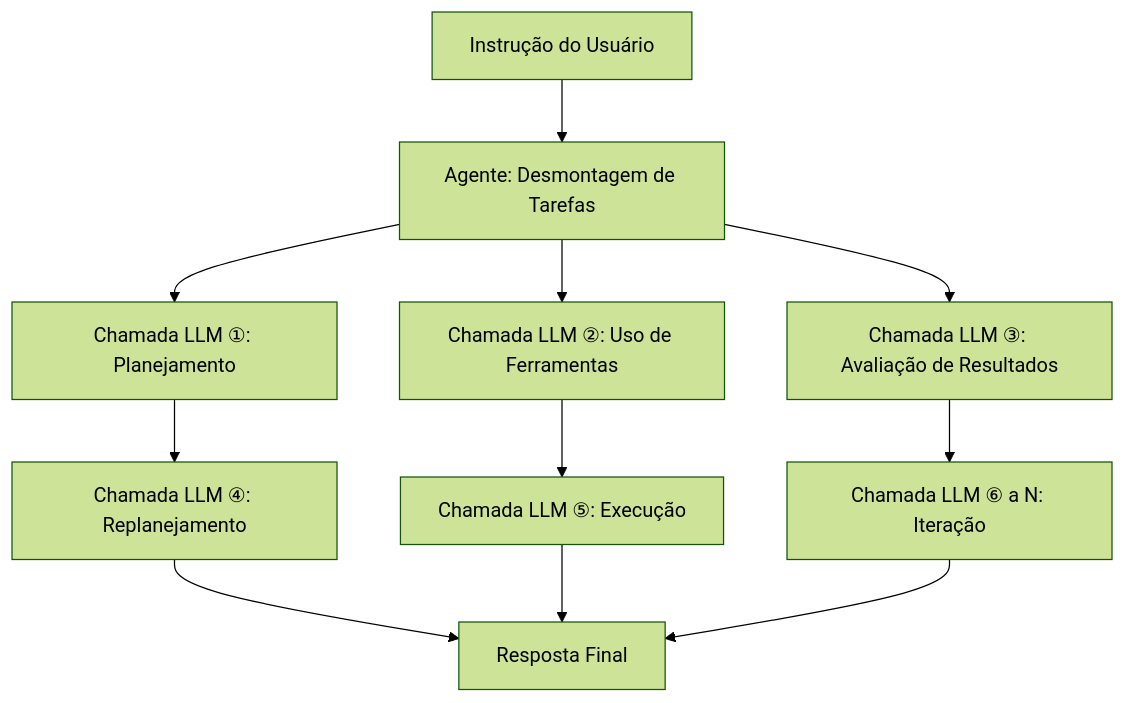
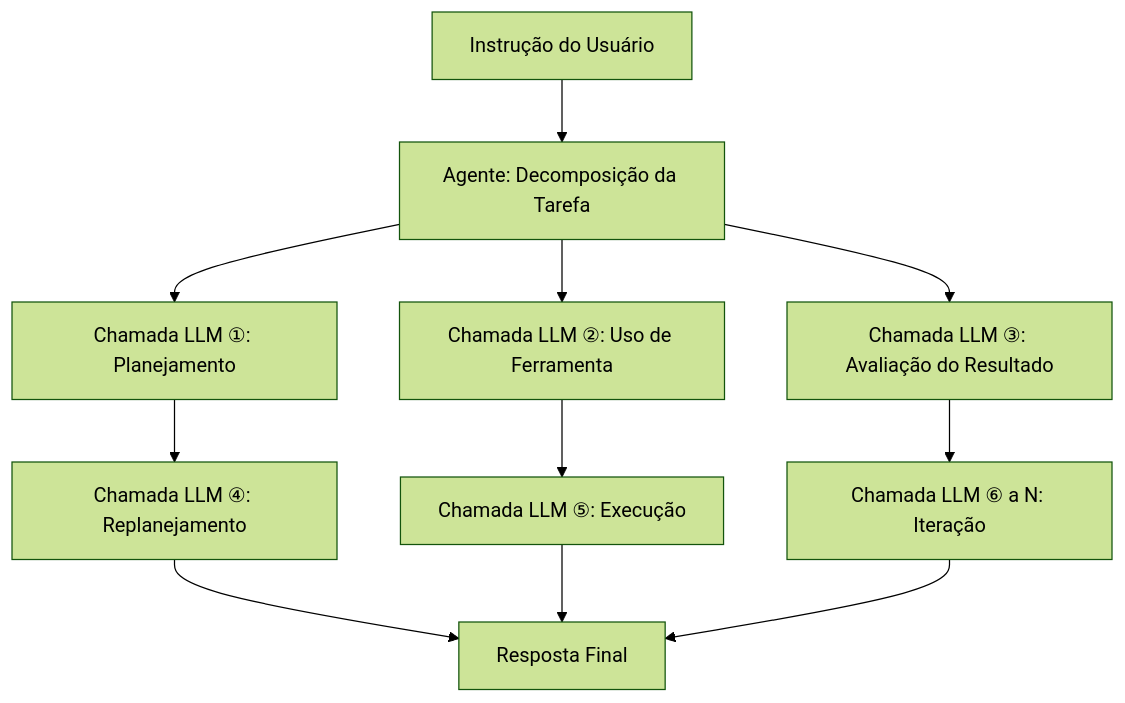
Before and after one commit to no-problem-dev/rick-brick-content: the third of 3 diagrams in articles/pt/2026-03-18-nvidia-vera-rubin-inference-infrastructure.md, drawn with Mermaid (forest theme). The commit also changed other lines of this file and 126 other files, not shown here.

````diff
--- a/articles/pt/2026-03-18-nvidia-vera-rubin-inference-infrastructure.md
+++ b/articles/pt/2026-03-18-nvidia-vera-rubin-inference-infrastructure.md
@@ -167,13 +166,13 @@
 ```mermaid
 graph TD
-    A[Instrução do Usuário] --> B[Agente: Desmontagem de Tarefas]
+    A[Instrução do Usuário] --> B[Agente: Decomposição da Tarefa]
     B --> C[Chamada LLM ①: Planejamento]
-    B --> D[Chamada LLM ②: Uso de Ferramentas]
-    B --> E[Chamada LLM ③: Avaliação de Resultados]
+    B --> D[Chamada LLM ②: Uso de Ferramenta]
+    B --> E[Chamada LLM ③: Avaliação do Resultado]
     C --> F[Chamada LLM ④: Replanejamento]
     D --> G[Chamada LLM ⑤: Execução]
     E --> H[Chamada LLM ⑥ a N: Iteração]
     F --> I[Resposta Final]
     G --> I
     H --> I
 ```
````
